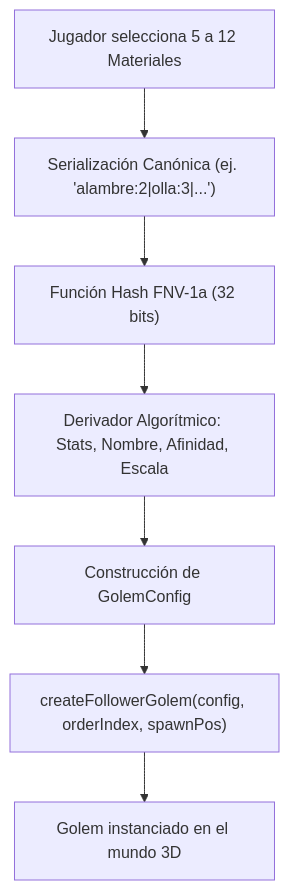
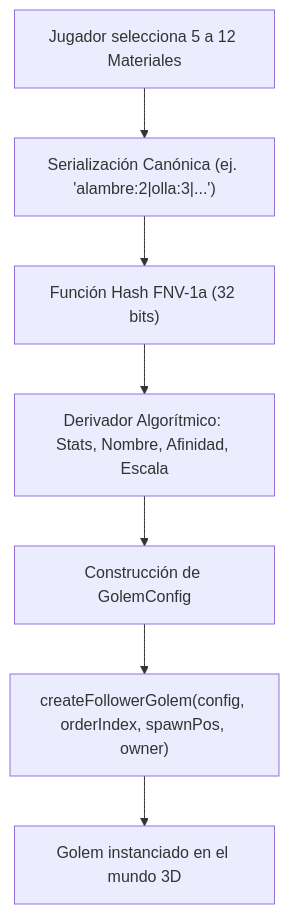
One commit to cjbaezilla/Hackathon-Decentraland-Golems-World changed the diagram in guias/guia-fabrica-de-golems-y-mecanicas.md. Above: the diagram before and after it, drawn with Mermaid. The commit also changed other lines of this file and 9 other files, not shown here.

````diff
--- a/guias/guia-fabrica-de-golems-y-mecanicas.md
+++ b/guias/guia-fabrica-de-golems-y-mecanicas.md
@@ -254,9 +279,9 @@
 ```mermaid
 graph TD
     A["Jugador selecciona 5 a 12 Materiales"] --> B["Serialización Canónica (ej. 'alambre:2|olla:3|...')"]
     B --> C["Función Hash FNV-1a (32 bits)"]
     C --> D["Derivador Algorítmico: Stats, Nombre, Afinidad, Escala"]
     D --> E["Construcción de GolemConfig"]
-    E --> F["createFollowerGolem(config, orderIndex, spawnPos)"]
+    E --> F["createFollowerGolem(config, orderIndex, spawnPos, owner)"]
     F --> G["Golem instanciado en el mundo 3D"]
 ```
````
